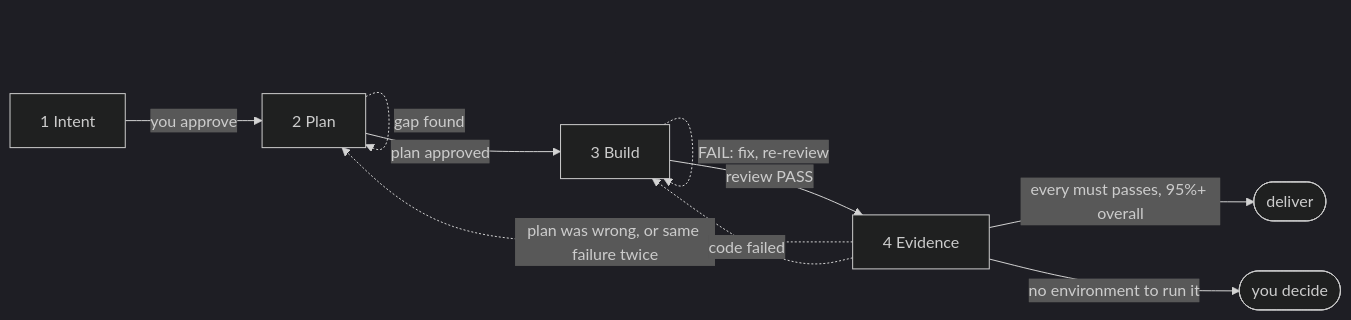
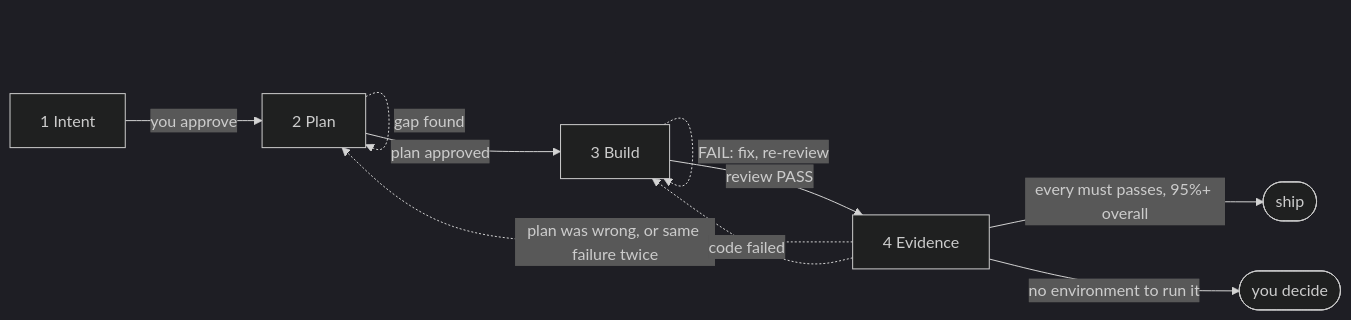
Before and after one commit to cskwork/sdlc-kit: the diagram in README.md, drawn with Mermaid (dark theme). The commit also changed other lines of this file and 14 other files, not shown here.

````diff
--- a/README.md
+++ b/README.md
@@ -34,12 +34,12 @@
 ```mermaid
 flowchart LR
   I["1 Intent"] -->|you approve| P["2 Plan"]
   P -. gap found .-> P
   P -->|plan approved| B["3 Build"]
   B -. FAIL: fix, re-review .-> B
   B -->|review PASS| E["4 Evidence"]
   E -. plan was wrong, or same failure twice .-> P
   E -. code failed .-> B
-  E -->|every must passes, 95%+ overall| D(["deliver"])
+  E -->|every must passes, 95%+ overall| D(["ship"])
   E -->|no environment to run it| H(["you decide"])
 ```
````
